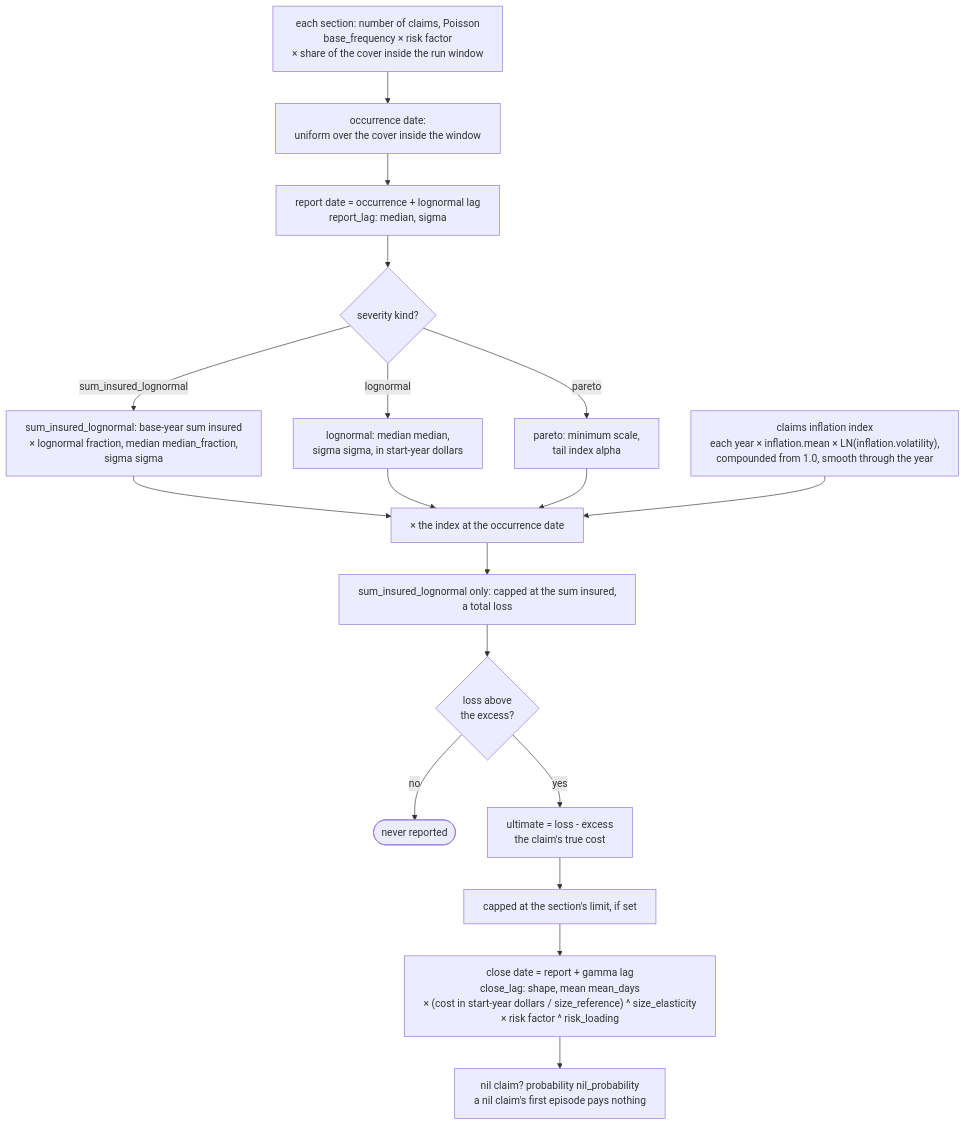
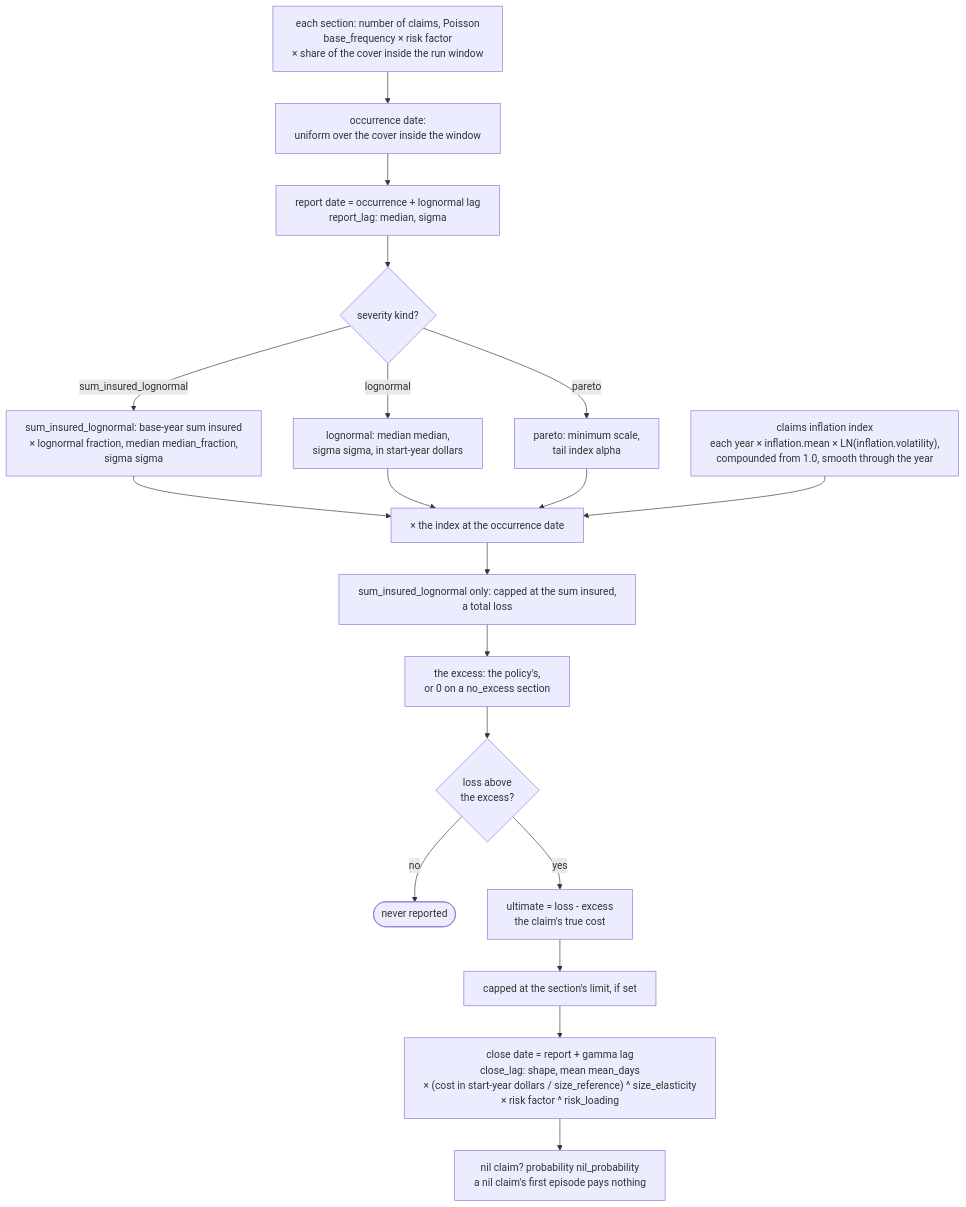
One commit to le-marais/claims-data-generator changed the fourth of 10 diagrams in README.md. Above: the diagram before and after it, drawn with Mermaid. The commit also changed other lines of this file and 40 other files, not shown here.

````diff
--- a/README.md
+++ b/README.md
@@ -142,31 +149,32 @@
 ```mermaid
 %%{init: {"flowchart": {"wrappingWidth": 480}}}%%
 flowchart TD
     count["each section: number of claims, Poisson<br/>base_frequency × risk factor<br/>× share of the cover inside the run window"]
     occurrence["occurrence date:<br/>uniform over the cover inside the window"]
     report["report date = occurrence + lognormal lag<br/>report_lag: median, sigma"]
     kind{"severity kind?"}
     siLoss["sum_insured_lognormal: base-year sum insured<br/>× lognormal fraction, median median_fraction,<br/>sigma sigma"]
     lognormalLoss["lognormal: median median,<br/>sigma sigma, in start-year dollars"]
     paretoLoss["pareto: minimum scale,<br/>tail index alpha"]
     index["claims inflation index<br/>each year × inflation.mean × LN(inflation.volatility),<br/>compounded from 1.0, smooth through the year"]
     trended["× the index at the occurrence date"]
     cap["sum_insured_lognormal only: capped at the sum insured,<br/>a total loss"]
+    excess["the excess: the policy's,<br/>or 0 on a no_excess section"]
     pierce{"loss above<br/>the excess?"}
     dropped(["never reported"])
     ultimate["ultimate = loss - excess<br/>the claim's true cost"]
     limitCap["capped at the section's limit, if set"]
     closeDate["close date = report + gamma lag<br/>close_lag: shape, mean mean_days<br/>× (cost in start-year dollars / size_reference) ^ size_elasticity<br/>× risk factor ^ risk_loading"]
     nilFlag["nil claim? probability nil_probability<br/>a nil claim's first episode pays nothing"]
     count --> occurrence --> report --> kind
     kind -- "sum_insured_lognormal" --> siLoss
     kind -- "lognormal" --> lognormalLoss
     kind -- "pareto" --> paretoLoss
     siLoss --> trended
     lognormalLoss --> trended
     paretoLoss --> trended
     index --> trended
-    trended --> cap --> pierce
+    trended --> cap --> excess --> pierce
     pierce -- "no" --> dropped
     pierce -- "yes" --> ultimate --> limitCap --> closeDate --> nilFlag
 ```
````
